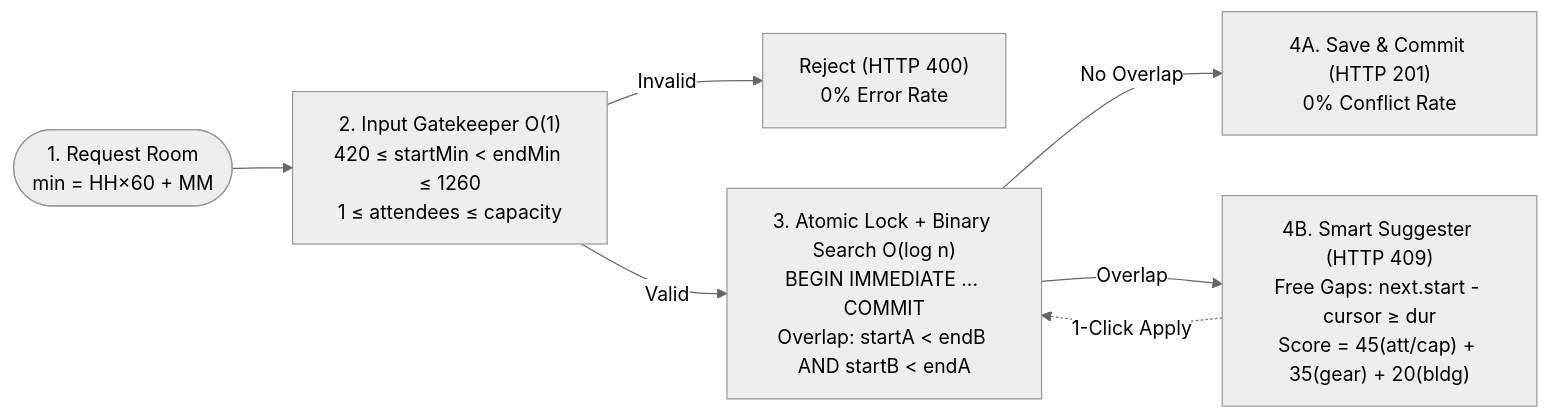
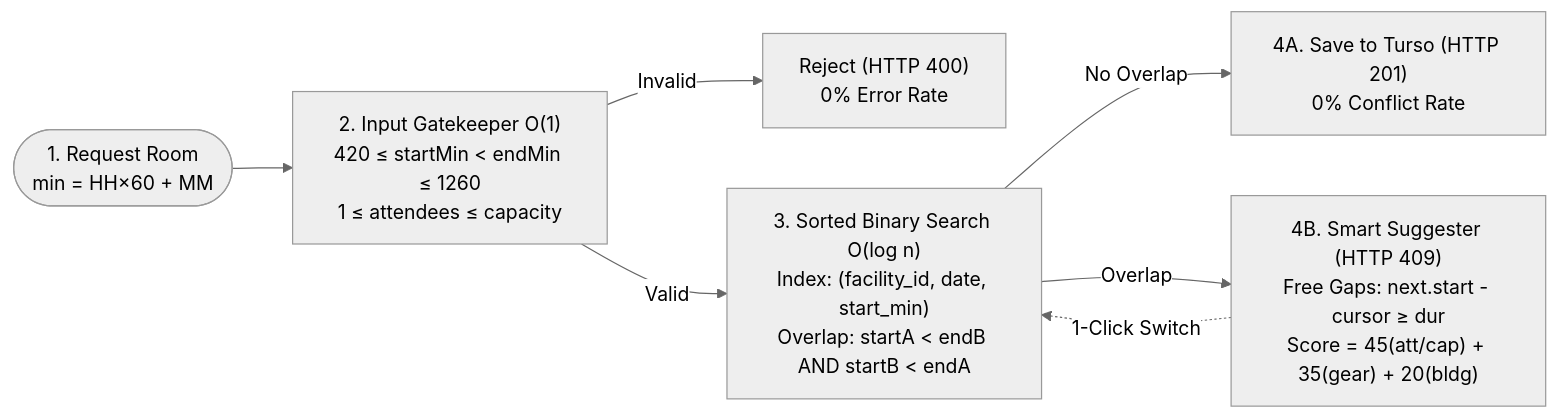
The first of 2 diagrams in README.md (jrrddev/Bakante), drawn with Mermaid (neutral theme) before and after one commit. The commit also changed other lines of this file and 10 other files, not shown here.

````diff
--- a/README.md
+++ b/README.md
@@ -13,9 +18,9 @@
 ```mermaid
 flowchart LR
     Start(["1. Request Room<br/>min = HH×60 + MM"]) --> Gate["2. Input Gatekeeper O(1)<br/>420 ≤ startMin &lt; endMin ≤ 1260<br/>1 ≤ attendees ≤ capacity"]
     Gate -- "Invalid" --> Err["Reject (HTTP 400)<br/>0% Error Rate"]
-    Gate -- "Valid" --> Search["3. Atomic Lock + Binary Search O(log n)<br/>BEGIN IMMEDIATE ... COMMIT<br/>Overlap: startA &lt; endB AND startB &lt; endA"]
-    Search -- "No Overlap" --> Booked["4A. Save &amp; Commit (HTTP 201)<br/>0% Conflict Rate"]
+    Gate -- "Valid" --> Search["3. Sorted Binary Search O(log n)<br/>Index: (facility_id, date, start_min)<br/>Overlap: startA &lt; endB AND startB &lt; endA"]
+    Search -- "No Overlap" --> Booked["4A. Save to Turso (HTTP 201)<br/>0% Conflict Rate"]
     Search -- "Overlap" --> Suggest["4B. Smart Suggester (HTTP 409)<br/>Free Gaps: next.start - cursor ≥ dur<br/>Score = 45(att/cap) + 35(gear) + 20(bldg)"]
-    Suggest -. "1-Click Apply" .-> Search
+    Suggest -. "1-Click Switch" .-> Search
 ```
````
